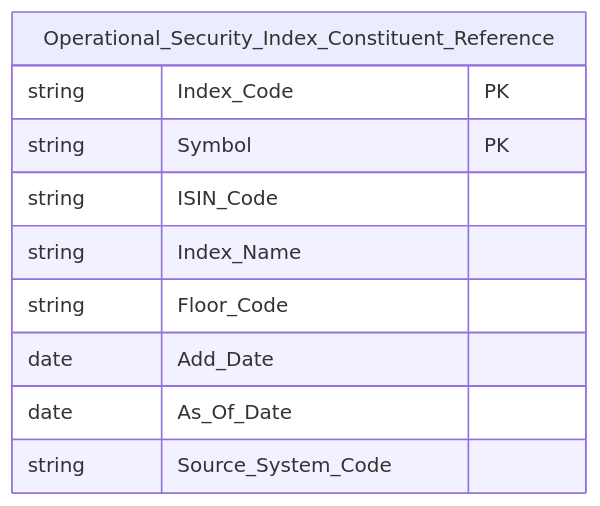
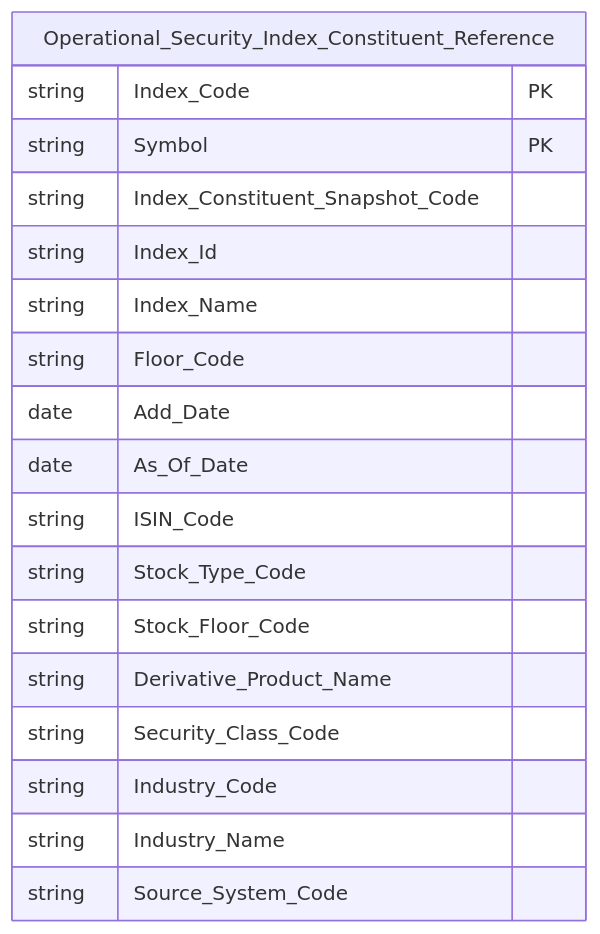
One commit to linhlvit/ubck_atomic_design changed diagram 13 of 17 in Datamart/hld/DTM_GSTT_Entities.md. Above: the diagram before and after it, drawn with Mermaid. The commit also changed other lines of this file and 7 other files, not shown here.

Commit message:
feat(GSTT): bo sung cac cot cho Operational Security Index Constituent Reference va dong bo HLD, LLD, flat tables, model

````diff
--- a/Datamart/hld/DTM_GSTT_Entities.md
+++ b/Datamart/hld/DTM_GSTT_Entities.md
@@ -270,13 +271,21 @@
 ```mermaid
 erDiagram
     Operational_Security_Index_Constituent_Reference {
         string Index_Code PK
         string Symbol PK
-        string ISIN_Code
+        string Index_Constituent_Snapshot_Code
+        string Index_Id
         string Index_Name
         string Floor_Code
         date Add_Date
         date As_Of_Date
+        string ISIN_Code
+        string Stock_Type_Code
+        string Stock_Floor_Code
+        string Derivative_Product_Name
+        string Security_Class_Code
+        string Industry_Code
+        string Industry_Name
         string Source_System_Code
     }
 ```
````
